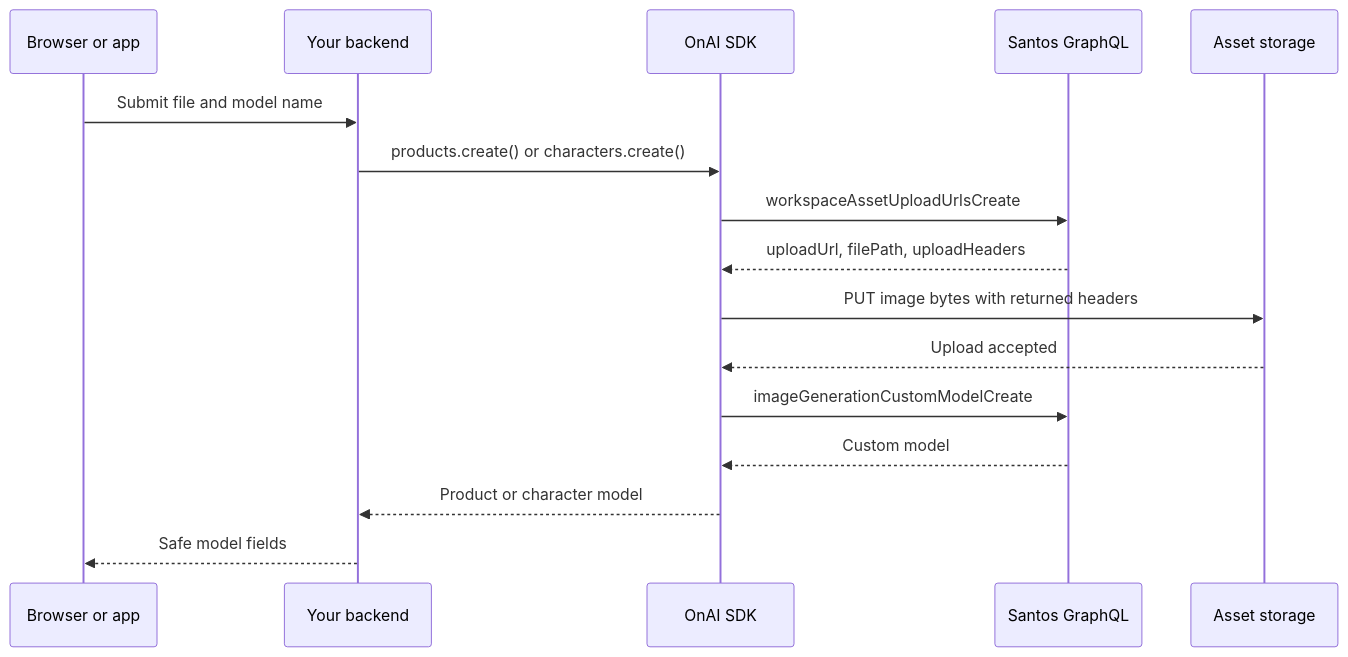
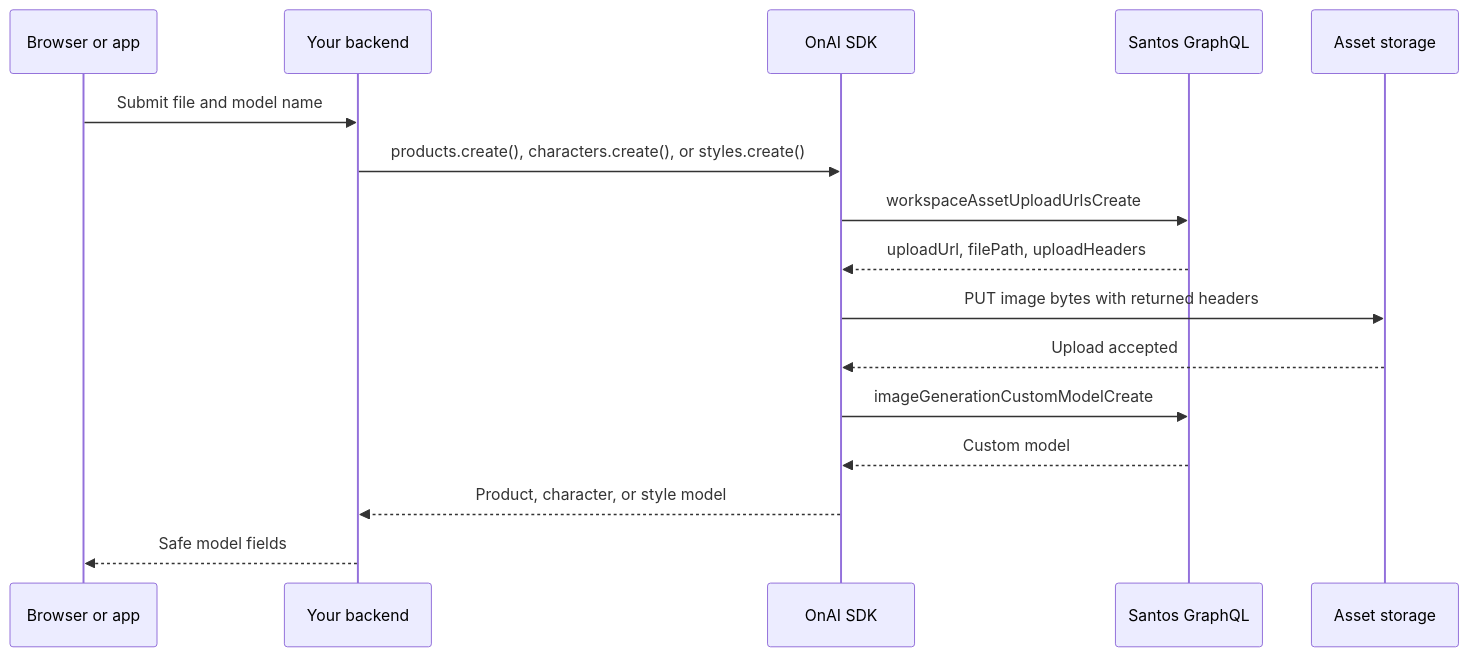
The second of 8 diagrams in docs/LEGACY_DOCUMENT.md (mxhiraz/onai-sdk), drawn with Mermaid before and after one commit. The commit also changed other lines of this file and 9 other files, not shown here.

````diff
--- a/docs/LEGACY_DOCUMENT.md
+++ b/docs/LEGACY_DOCUMENT.md
@@ -283,19 +285,19 @@
 ```mermaid
 sequenceDiagram
   participant Device as Browser or app
   participant Backend as Your backend
   participant SDK as OnAI SDK
   participant GraphQL as Santos GraphQL
   participant Storage as Asset storage
 
   Device->>Backend: Submit file and model name
-  Backend->>SDK: products.create() or characters.create()
+  Backend->>SDK: products.create(), characters.create(), or styles.create()
   SDK->>GraphQL: workspaceAssetUploadUrlsCreate
   GraphQL-->>SDK: uploadUrl, filePath, uploadHeaders
   SDK->>Storage: PUT image bytes with returned headers
   Storage-->>SDK: Upload accepted
   SDK->>GraphQL: imageGenerationCustomModelCreate
   GraphQL-->>SDK: Custom model
-  SDK-->>Backend: Product or character model
+  SDK-->>Backend: Product, character, or style model
   Backend-->>Device: Safe model fields
 ```
````
